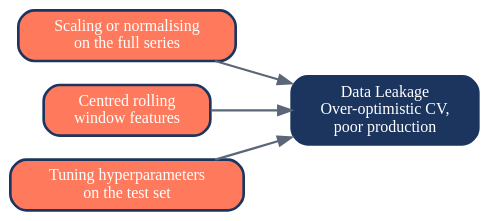
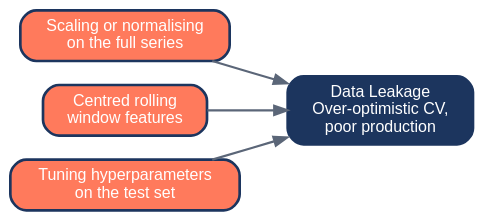
One commit to NaifMersal/time-series-analysis-and-forecasting changed the diagram in slides/04_forecast_evaluation_and_cv.qmd. Above: the diagram before and after it, drawn with Graphviz. The commit also changed other lines of this file and 11 other files, not shown here.

````diff
--- a/slides/04_forecast_evaluation_and_cv.qmd
+++ b/slides/04_forecast_evaluation_and_cv.qmd
@@ -535,17 +537,17 @@
 ```{dot}
 //| fig-width: 9.5
 digraph G {
     bgcolor="transparent";
     rankdir=LR;
-    node [shape=box style="rounded,filled" fontsize=12
+    node [shape=box style="rounded,filled" fontname="Helvetica" fontsize=12
           color="#1C355E" penwidth=2 margin="0.16,0.09"];
-    edge [fontsize=11 color="#5b6678" penwidth=1.6];
+    edge [fontname="Helvetica" fontsize=11 color="#5b6678" penwidth=1.6];
 
     A [label="Scaling or normalising\non the full series" fillcolor="#FF7A5C" fontcolor="white"];
     B [label="Centred rolling\nwindow features" fillcolor="#FF7A5C" fontcolor="white"];
     C [label="Tuning hyperparameters\non the test set" fillcolor="#FF7A5C" fontcolor="white"];
     L [label="Data Leakage\nOver-optimistic CV,\npoor production" fillcolor="#1C355E" fontcolor="white"];
 
     A -> L; B -> L; C -> L;
 }
 ```
````
